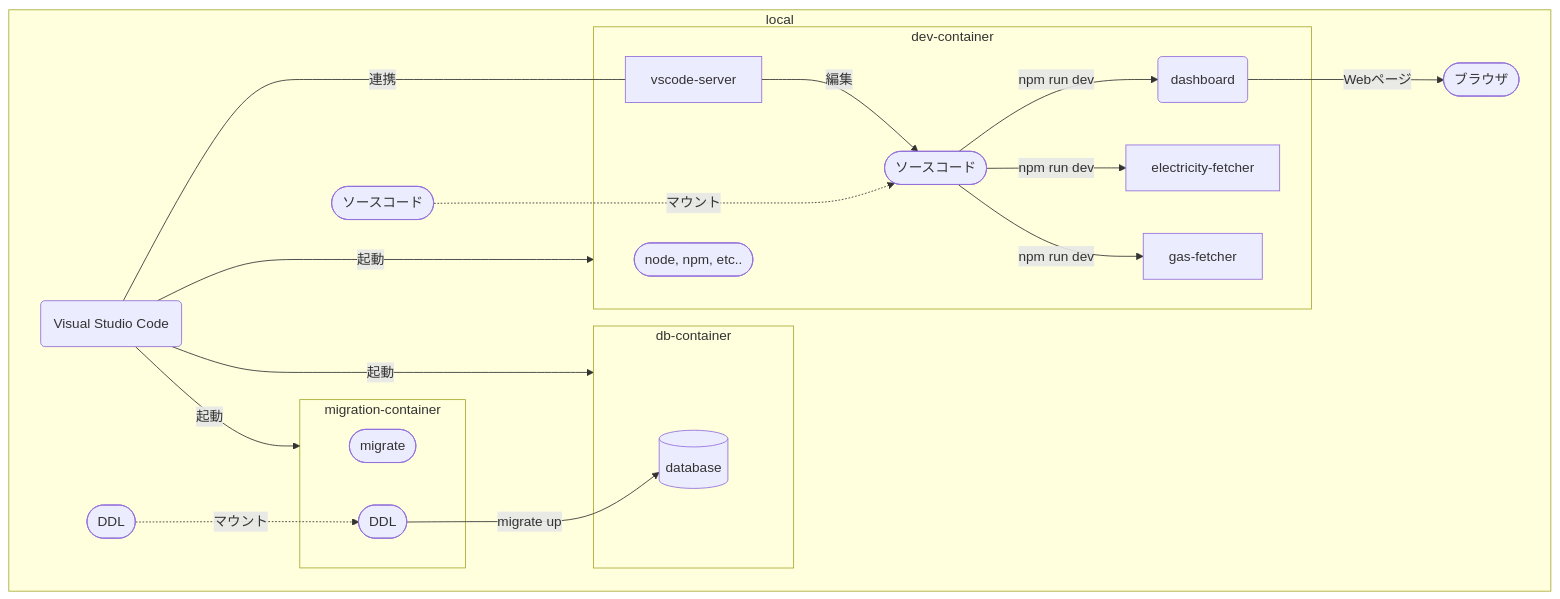
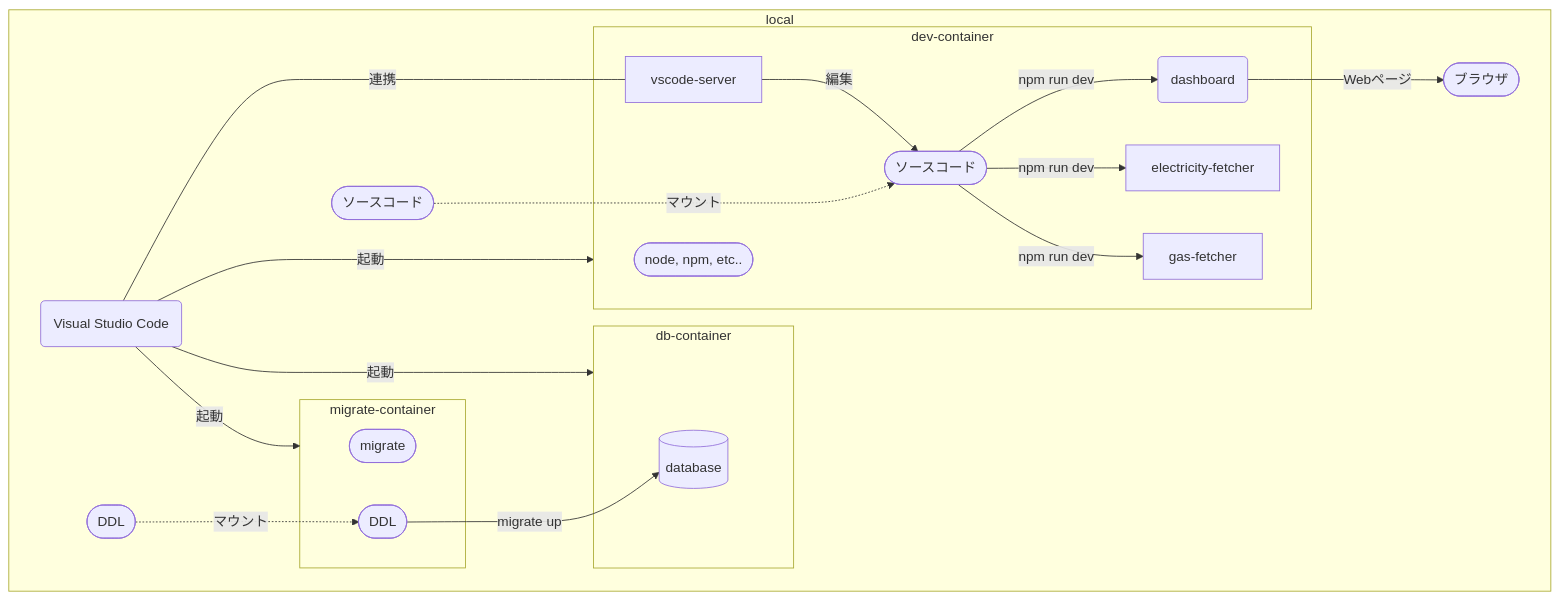
Before and after one commit to canpok1/my-home-dashboard: the diagram in doc/README_for_development.md, drawn with Mermaid. The commit also changed other lines of this file and 7 other files, not shown here.

````diff
--- a/doc/README_for_development.md
+++ b/doc/README_for_development.md
@@ -5,40 +5,40 @@
 ```mermaid
 flowchart TB
   subgraph local
     vscode(Visual Studio Code)
     code([ソースコード])
     ddl([DDL])
     browser([ブラウザ])
 
     subgraph dev-container
       commands([node, npm, etc..])
       vscode-server
       code-copy([ソースコード])
       dev-server(dashboard)
       electricity-fetcher
       gas-fetcher
     end
 
     subgraph db-container
       db[(database)]
     end
 
-    subgraph migration-container
+    subgraph migrate-container
       migrate([migrate])
       ddl-copy([DDL])
     end
   end
 
   code -. マウント ..-> code-copy
   vscode -- 起動 ---> dev-container
   vscode -- 起動 ---> db-container
-  vscode -- 起動 --> migration-container
+  vscode -- 起動 --> migrate-container
   vscode -- 連携 ---- vscode-server
   vscode-server -- 編集 --> code-copy
   code-copy -- "npm run dev" --> dev-server
   code-copy -- "npm run dev" --> electricity-fetcher
   code-copy -- "npm run dev" --> gas-fetcher
   dev-server -- Webページ --> browser
   ddl -. マウント .-> ddl-copy
   ddl-copy -- migrate up --> db
 ```
````
